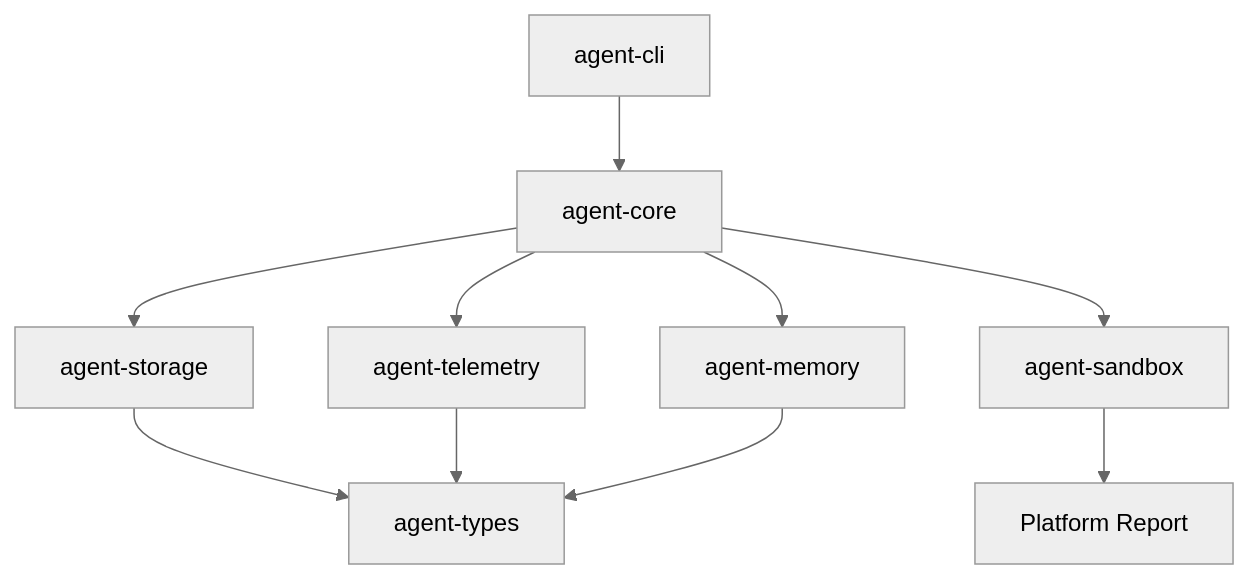
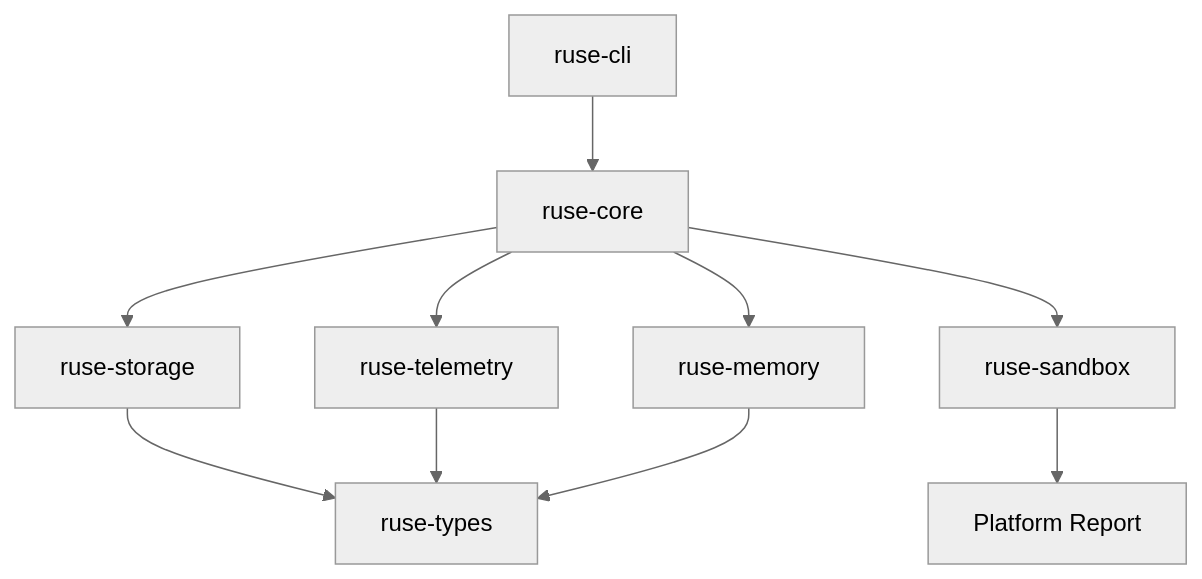
Before and after one commit to poneding/agent: the diagram in docs/specs/M12-00-production-hardening-technical-design.spec.md, drawn with Mermaid (neutral theme). The commit also changed other lines of this file and 2091 other files, not shown here.

First line of the commit message:
refactor: rename agent branding to ruse

````diff
--- a/docs/specs/M12-00-production-hardening-technical-design.spec.md
+++ b/docs/specs/M12-00-production-hardening-technical-design.spec.md
@@ -36,12 +36,12 @@
 ```mermaid
 flowchart TD
-  storage["agent-storage"] --> types["agent-types"]
-  telemetry["agent-telemetry"] --> types
-  memory["agent-memory"] --> types
-  sandbox["agent-sandbox"] --> report["Platform Report"]
-  core["agent-core"] --> storage
+  storage["ruse-storage"] --> types["ruse-types"]
+  telemetry["ruse-telemetry"] --> types
+  memory["ruse-memory"] --> types
+  sandbox["ruse-sandbox"] --> report["Platform Report"]
+  core["ruse-core"] --> storage
   core --> telemetry
   core --> memory
   core --> sandbox
-  cli["agent-cli"] --> core
+  cli["ruse-cli"] --> core
 ```
````
